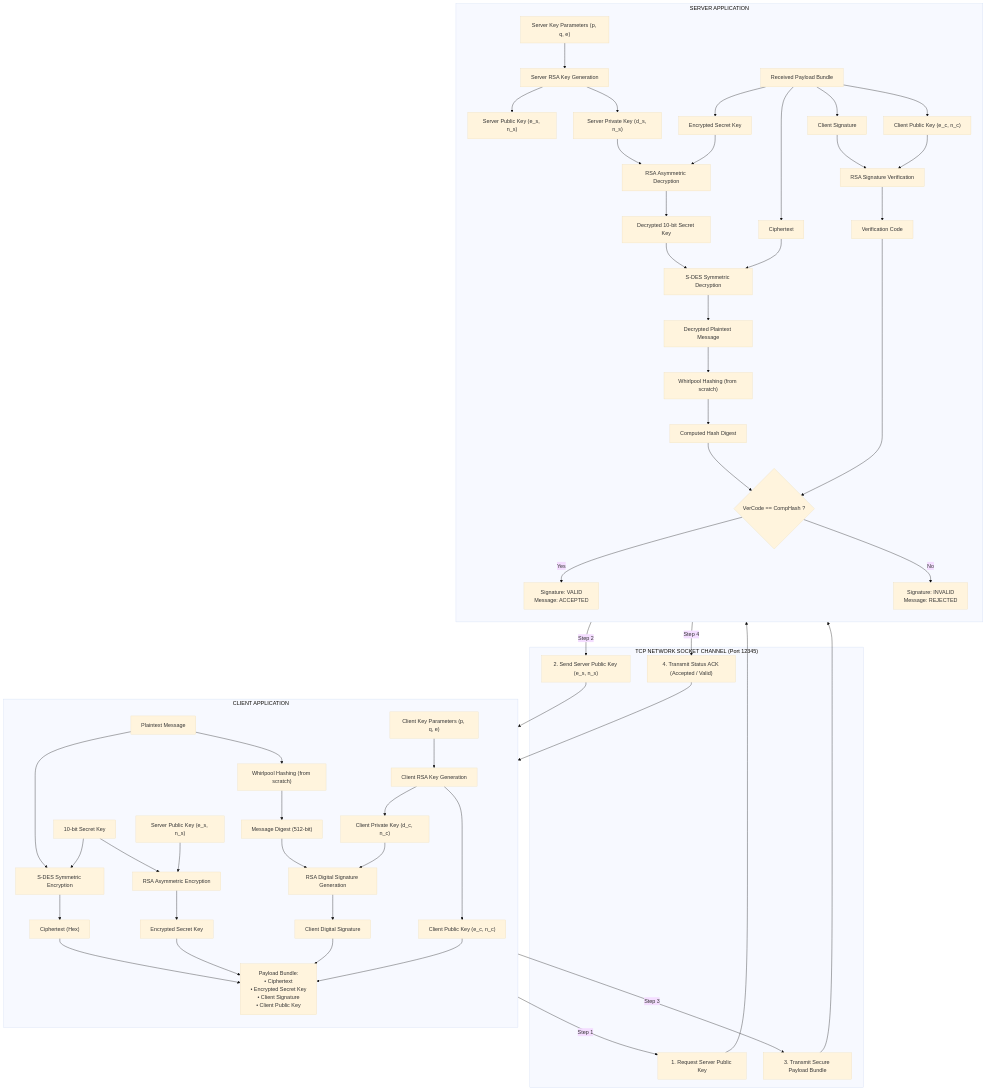
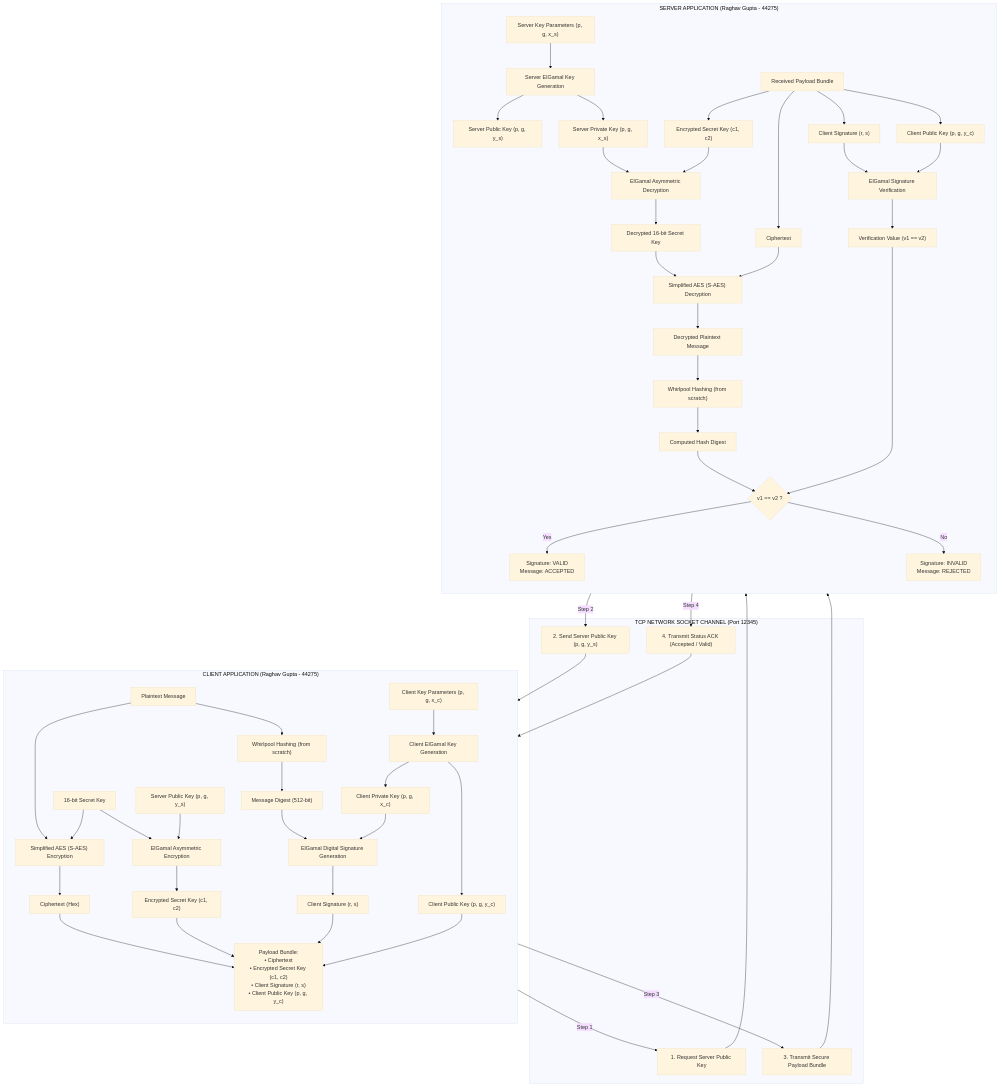
Before and after one commit to raghav12344/enc-dec-project: the first of 5 diagrams in README.md, drawn with Mermaid (base theme). The commit also changed other lines of this file and 33 other files, not shown here.

````diff
--- a/README.md
+++ b/README.md
@@ -49,75 +55,75 @@
 ```mermaid
 flowchart TD
-    subgraph ClientSide["CLIENT APPLICATION"]
+    subgraph ClientSide["CLIENT APPLICATION (Raghav Gupta - 44275)"]
         direction TB
-        C_KP["Client Key Parameters (p, q, e)"] --> C_KeyGen["Client RSA Key Generation"]
-        C_KeyGen --> C_Pub["Client Public Key (e_c, n_c)"]
-        C_KeyGen --> C_Priv["Client Private Key (d_c, n_c)"]
+        C_KP["Client Key Parameters (p, g, x_c)"] --> C_KeyGen["Client ElGamal Key Generation"]
+        C_KeyGen --> C_Pub["Client Public Key (p, g, y_c)"]
+        C_KeyGen --> C_Priv["Client Private Key (p, g, x_c)"]
         
-        Msg["Plaintext Message"] --> SDES_Enc["S-DES Symmetric Encryption"]
-        SecKey["10-bit Secret Key"] --> SDES_Enc
-        SDES_Enc --> Ciphertext["Ciphertext (Hex)"]
+        Msg["Plaintext Message"] --> SAES_Enc["Simplified AES (S-AES) Encryption"]
+        SecKey["16-bit Secret Key"] --> SAES_Enc
+        SAES_Enc --> Ciphertext["Ciphertext (Hex)"]
         
-        SecKey --> RSA_Enc["RSA Asymmetric Encryption"]
-        Serv_Pub["Server Public Key (e_s, n_s)"] --> RSA_Enc
-        RSA_Enc --> EncSecKey["Encrypted Secret Key"]
+        SecKey --> EG_Enc["ElGamal Asymmetric Encryption"]
+        Serv_Pub["Server Public Key (p, g, y_s)"] --> EG_Enc
+        EG_Enc --> EncSecKey["Encrypted Secret Key (c1, c2)"]
         
         Msg --> Whirlpool_C["Whirlpool Hashing (from scratch)"]
         Whirlpool_C --> Digest_C["Message Digest (512-bit)"]
         
-        Digest_C --> RSA_Sign["RSA Digital Signature Generation"]
-        C_Priv --> RSA_Sign
-        RSA_Sign --> Signature["Client Digital Signature"]
+        Digest_C --> EG_Sign["ElGamal Digital Signature Generation"]
+        C_Priv --> EG_Sign
+        EG_Sign --> Signature["Client Signature (r, s)"]
         
-        Payload["Payload Bundle:\n• Ciphertext\n• Encrypted Secret Key\n• Client Signature\n• Client Public Key"]
+        Payload["Payload Bundle:\n• Ciphertext\n• Encrypted Secret Key (c1, c2)\n• Client Signature (r, s)\n• Client Public Key (p, g, y_c)"]
         Ciphertext --> Payload
         EncSecKey --> Payload
         Signature --> Payload
         C_Pub --> Payload
     end
 
     subgraph NetworkChannel["TCP NETWORK SOCKET CHANNEL (Port 12345)"]
         ReqPub["1. Request Server Public Key"]
-        SendPub["2. Send Server Public Key (e_s, n_s)"]
+        SendPub["2. Send Server Public Key (p, g, y_s)"]
         SendPayload["3. Transmit Secure Payload Bundle"]
         SendACK["4. Transmit Status ACK (Accepted / Valid)"]
     end
 
-    subgraph ServerSide["SERVER APPLICATION"]
+    subgraph ServerSide["SERVER APPLICATION (Raghav Gupta - 44275)"]
         direction TB
-        S_KP["Server Key Parameters (p, q, e)"] --> S_KeyGen["Server RSA Key Generation"]
-        S_KeyGen --> Serv_Pub_Local["Server Public Key (e_s, n_s)"]
-        S_KeyGen --> S_Priv["Server Private Key (d_s, n_s)"]
+        S_KP["Server Key Parameters (p, g, x_s)"] --> S_KeyGen["Server ElGamal Key Generation"]
+        S_KeyGen --> Serv_Pub_Local["Server Public Key (p, g, y_s)"]
+        S_KeyGen --> S_Priv["Server Private Key (p, g, x_s)"]
         
         RxPayload["Received Payload Bundle"]
-        RxPayload --> Ext_EncSecKey["Encrypted Secret Key"]
+        RxPayload --> Ext_EncSecKey["Encrypted Secret Key (c1, c2)"]
         RxPayload --> Ext_Ciphertext["Ciphertext"]
-        RxPayload --> Ext_Signature["Client Signature"]
-        RxPayload --> Ext_CPub["Client Public Key (e_c, n_c)"]
+        RxPayload --> Ext_Signature["Client Signature (r, s)"]
+        RxPayload --> Ext_CPub["Client Public Key (p, g, y_c)"]
         
-        Ext_EncSecKey --> RSA_Dec["RSA Asymmetric Decryption"]
-        S_Priv --> RSA_Dec
-        RSA_Dec --> DecSecKey["Decrypted 10-bit Secret Key"]
+        Ext_EncSecKey --> EG_Dec["ElGamal Asymmetric Decryption"]
+        S_Priv --> EG_Dec
+        EG_Dec --> DecSecKey["Decrypted 16-bit Secret Key"]
         
-        Ext_Ciphertext --> SDES_Dec["S-DES Symmetric Decryption"]
-        DecSecKey --> SDES_Dec
-        SDES_Dec --> RecMsg["Decrypted Plaintext Message"]
+        Ext_Ciphertext --> SAES_Dec["Simplified AES (S-AES) Decryption"]
+        DecSecKey --> SAES_Dec
+        SAES_Dec --> RecMsg["Decrypted Plaintext Message"]
         
         RecMsg --> Whirlpool_S["Whirlpool Hashing (from scratch)"]
         Whirlpool_S --> CompHash["Computed Hash Digest"]
         
-        Ext_Signature --> RSA_Verify["RSA Signature Verification"]
-        Ext_CPub --> RSA_Verify
-        RSA_Verify --> VerCode["Verification Code"]
+        Ext_Signature --> EG_Verify["ElGamal Signature Verification"]
+        Ext_CPub --> EG_Verify
+        EG_Verify --> VerCode["Verification Value (v1 == v2)"]
         
-        CompHash --> Check{"VerCode == CompHash ?"}
+        CompHash --> Check{"v1 == v2 ?"}
         VerCode --> Check
         Check -- "Yes" --> ValidStatus["Signature: VALID\nMessage: ACCEPTED"]
         Check -- "No" --> InvalidStatus["Signature: INVALID\nMessage: REJECTED"]
     end
 
     ClientSide -- "Step 1" --> ReqPub --> ServerSide
     ServerSide -- "Step 2" --> SendPub --> ClientSide
     Payload -- "Step 3" --> SendPayload --> RxPayload
     ValidStatus -- "Step 4" --> SendACK --> ClientSide
 ```
````
